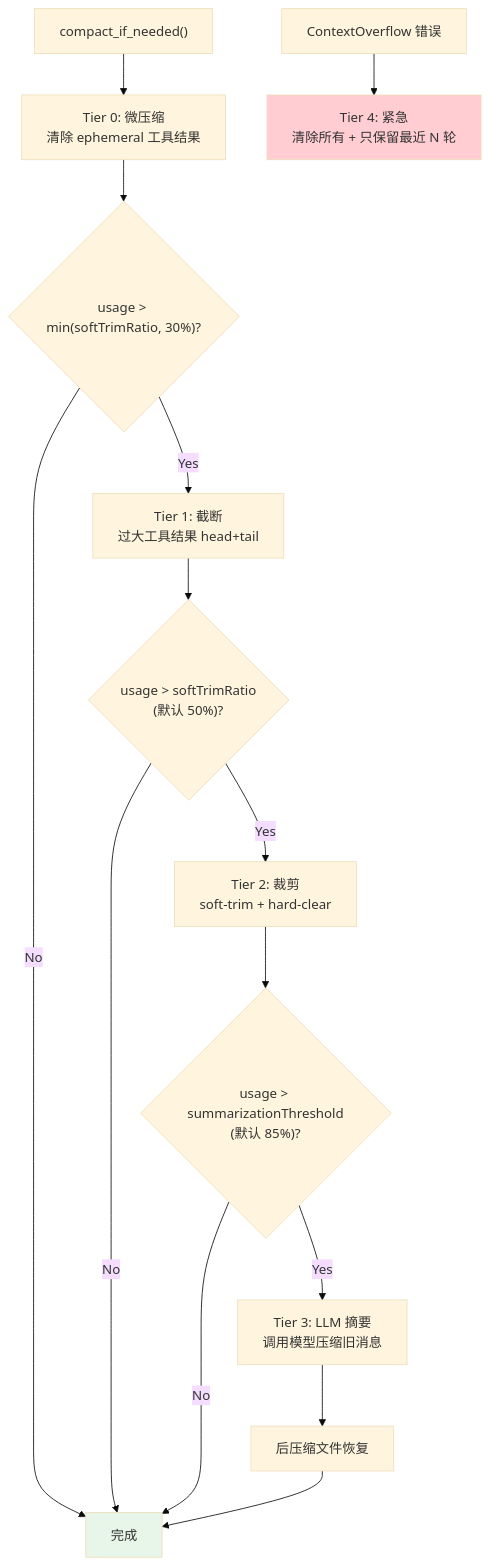
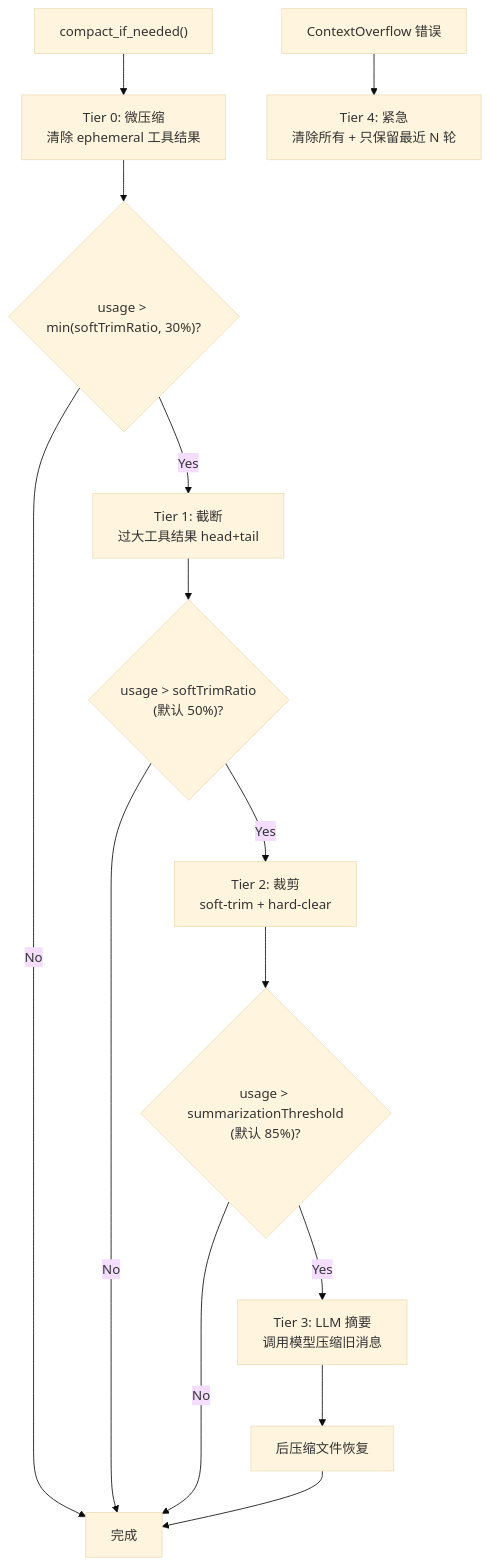
One commit to shiwenwen/hope-agent changed the first of 3 diagrams in docs/architecture/context-compact.md. Above: the diagram before and after it, drawn with Mermaid (base theme). The commit also changed other lines of this file and 13 other files, not shown here.

First line of the commit message:
docs: 移除 mermaid 图表中的自定义背景色填充

````diff
--- a/docs/architecture/context-compact.md
+++ b/docs/architecture/context-compact.md
@@ -10,18 +10,16 @@
 ```mermaid
 flowchart TD
     A["compact_if_needed()"] --> B["Tier 0: 微压缩<br/>清除 ephemeral 工具结果"]
     B --> C{"usage > min(softTrimRatio, 30%)?"}
     C -- No --> Done["完成"]
     C -- Yes --> D["Tier 1: 截断<br/>过大工具结果 head+tail"]
     D --> E{"usage > softTrimRatio<br/>(默认 50%)?"}
     E -- No --> Done
     E -- Yes --> F["Tier 2: 裁剪<br/>soft-trim + hard-clear"]
     F --> G{"usage > summarizationThreshold<br/>(默认 85%)?"}
     G -- No --> Done
     G -- Yes --> H["Tier 3: LLM 摘要<br/>调用模型压缩旧消息"]
     H --> I["后压缩文件恢复"]
     I --> Done
     J["ContextOverflow 错误"] --> K["Tier 4: 紧急<br/>清除所有 + 只保留最近 N 轮"]
-    style Done fill:#e8f5e9
-    style K fill:#ffcdd2
 ```
````
